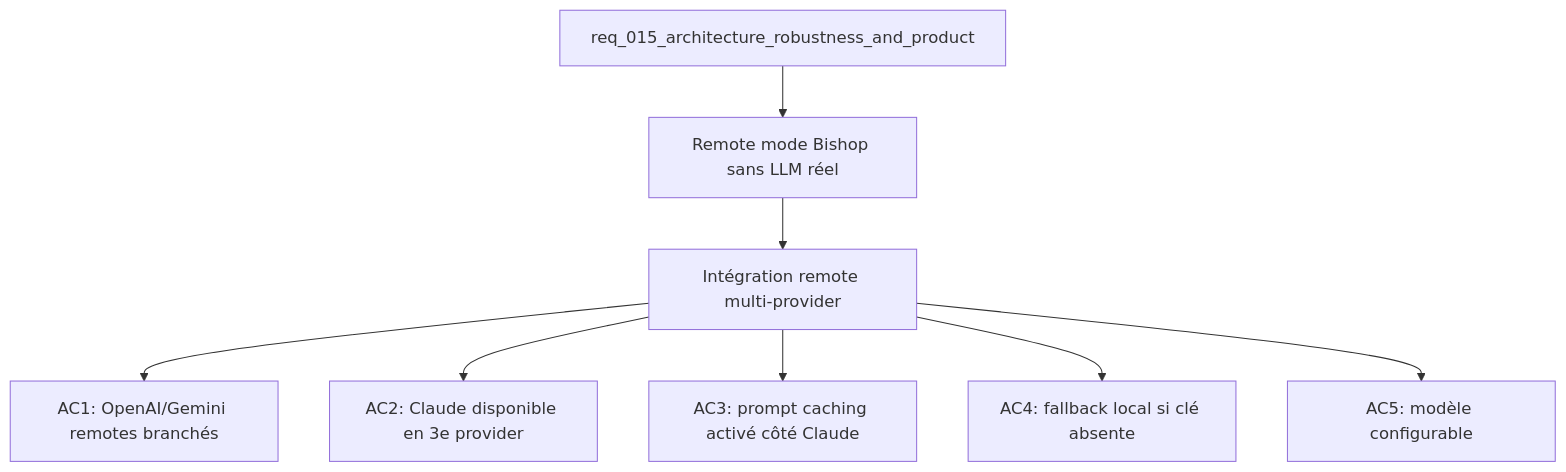
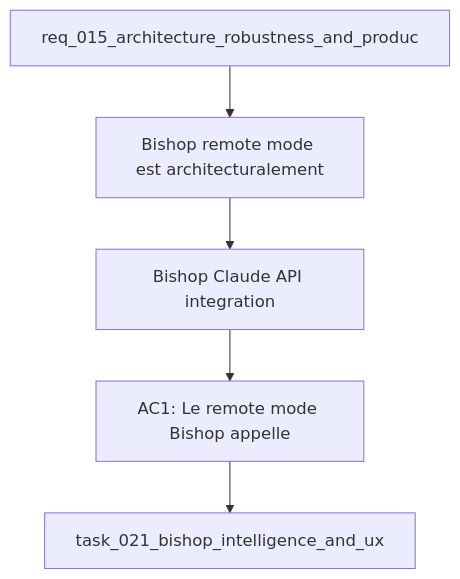
One commit to AlexAgo83/deepvault changed the diagram in logics/backlog/item_052_bishop_claude_api_integration.md. Above: the diagram before and after it, drawn with Mermaid. The commit also changed 57 other files, not shown here.

````diff
--- a/logics/backlog/item_052_bishop_claude_api_integration.md
+++ b/logics/backlog/item_052_bishop_claude_api_integration.md
@@ -21,12 +21,9 @@
 ```mermaid
 %% logics-kind: backlog
 %% logics-signature: backlog|bishop-claude-api-integration|req-015-architecture-robustness-and-prod|bishop-remote-mode-est-architecturalemen|ac1-le-remote-mode-bishop-appelle
 flowchart TD
-    Request[req_015_architecture_robustness_and_product] --> Problem[Remote mode Bishop sans LLM réel]
-    Problem --> Scope[Intégration remote multi-provider]
-    Scope --> AC1[AC1: OpenAI/Gemini remotes branchés]
-    Scope --> AC2[AC2: Claude disponible en 3e provider]
-    Scope --> AC3[AC3: prompt caching activé côté Claude]
-    Scope --> AC4[AC4: fallback local si clé absente]
-    Scope --> AC5[AC5: modèle configurable]
+    Request[req_015_architecture_robustness_and_produc] --> Problem[Bishop remote mode est architecturalement]
+    Problem --> Scope[Bishop Claude API integration]
+    Scope --> Acceptance[AC1: Le remote mode Bishop appelle]
+    Acceptance --> Tasks[task_021_bishop_intelligence_and_ux]
 ```
````
